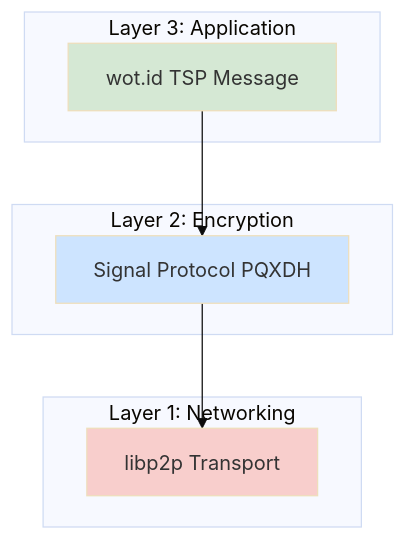
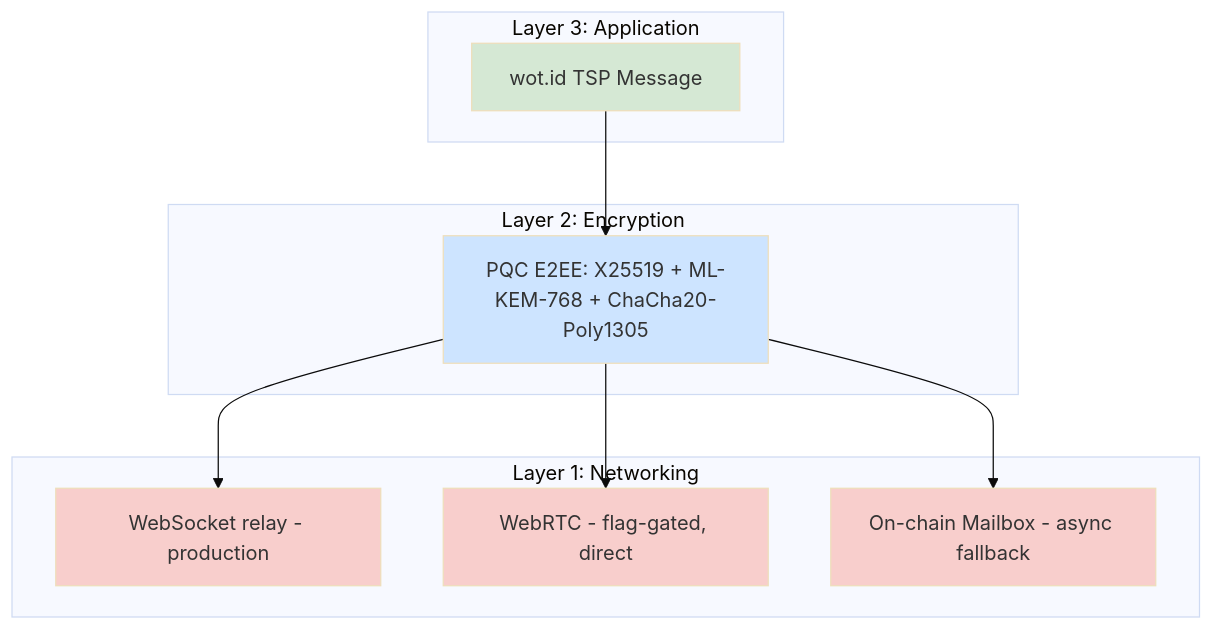
Before and after one commit to theweboftrust/wot.id-public-docs: the first of 3 diagrams in 06_P2P_Communication.md, drawn with Mermaid (base theme). The commit also changed other lines of this file and 10 other files, not shown here.

````diff
--- a/06_P2P_Communication.md
+++ b/06_P2P_Communication.md
@@ -87,19 +105,25 @@
 ```mermaid
 graph TD
     subgraph "Layer 3: Application"
         A[wot.id TSP Message]
     end
     subgraph "Layer 2: Encryption"
-        B[Signal Protocol PQXDH]
+        B[PQC E2EE: X25519 + ML-KEM-768 + ChaCha20-Poly1305]
     end
     subgraph "Layer 1: Networking"
-        C[libp2p Transport]
+        C[WebSocket relay - production]
+        D[WebRTC - flag-gated, direct]
+        E[On-chain Mailbox - async fallback]
     end
 
     A --> B
     B --> C
+    B --> D
+    B --> E
 
     style A fill:#d5e8d4
     style B fill:#cde4ff
     style C fill:#f8cecc
+    style D fill:#f8cecc
+    style E fill:#f8cecc
 ```
````
